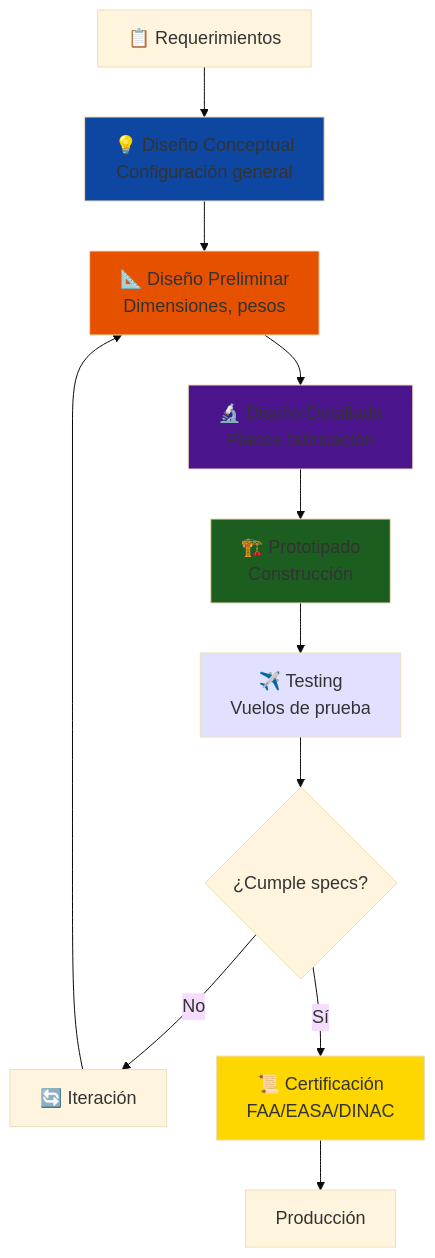
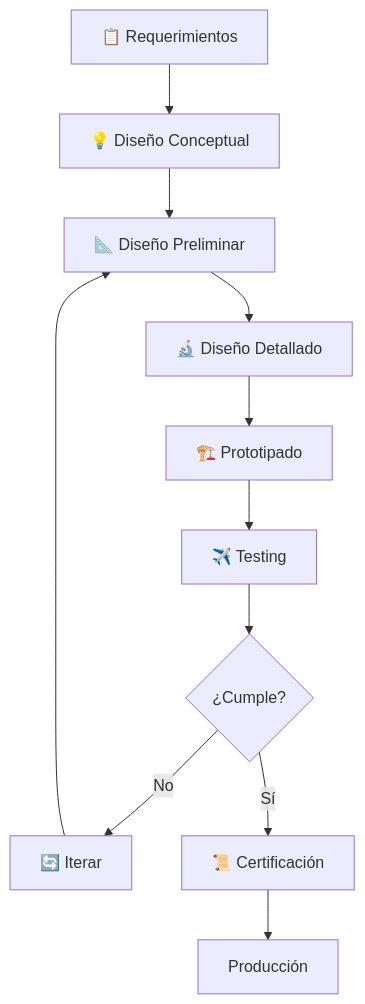
The diagram in courses/02-development/FPUNA-2026/03-INGENIERIA-AERONAUTICA/modules/05-aircraft-design/README.md (Ai-Whisperers/Courses-Content), drawn with Mermaid before and after one commit. The commit also changed other lines of this file and 62 other files, not shown here.

````diff
--- a/courses/02-development/FPUNA-2026/03-INGENIERIA-AERONAUTICA/modules/05-aircraft-design/README.md
+++ b/courses/02-development/FPUNA-2026/03-INGENIERIA-AERONAUTICA/modules/05-aircraft-design/README.md
@@ -120,28 +28,8 @@
 ```mermaid
-%%{init: {'theme':'base', 'themeVariables': {'fontSize':'18px'}}}%%
 graph TD
-    Start[📋 Requerimientos] --> A[💡 Diseño Conceptual<br/>Configuración general]
-    
-    A --> B[📐 Diseño Preliminar<br/>Dimensiones, pesos]
-    
-    B --> C[🔬 Diseño Detallado<br/>Planos fabricación]
-    
-    C --> D[🏗️ Prototipado<br/>Construcción]
-    
-    D --> E[✈️ Testing<br/>Vuelos de prueba]
-    
-    E --> F{¿Cumple specs?}
-    F -->|No| G[🔄 Iteración]
-    G --> B
-    
-    F -->|Sí| H[📜 Certificación<br/>FAA/EASA/DINAC]
-    
-    H --> I[Producción]
-    
-    style A fill:#0d47a1
-    style B fill:#e65100
-    style C fill:#4a148c
-    style D fill:#1b5e20
-    style E fill:#E1E1FF
-    style H fill:#FFD700
+    Start[📋 Requerimientos] --> A[💡 Diseño Conceptual] --> B[📐 Diseño Preliminar]
+    B --> C[🔬 Diseño Detallado] --> D[🏗️ Prototipado] --> E[✈️ Testing]
+    E --> F{¿Cumple?}
+    F -->|No| G[🔄 Iterar] --> B
+    F -->|Sí| H[📜 Certificación] --> I[Producción]
 ```
````
